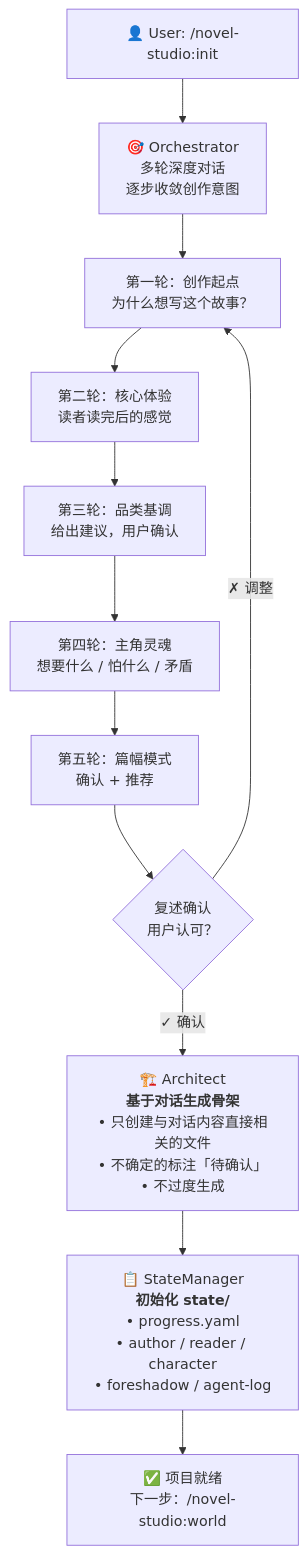
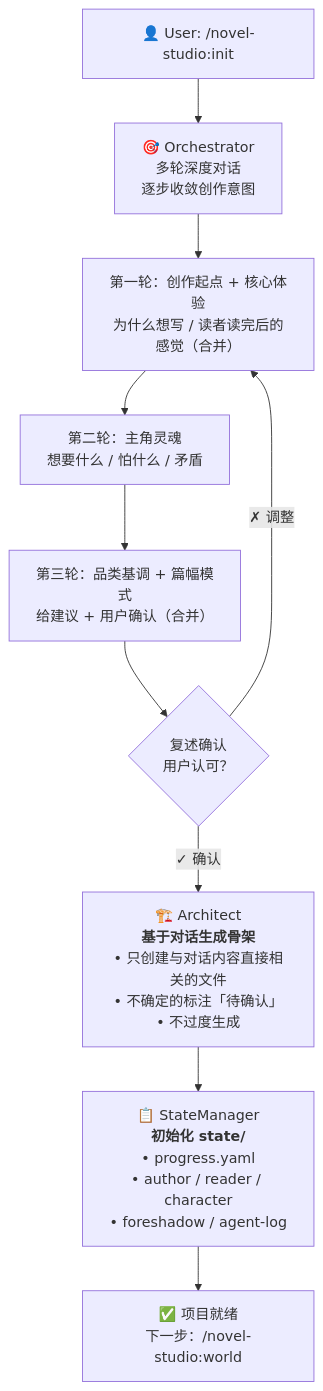
One commit to deathwhispers/novel-studio changed the diagram in workflow-specs/init-project.md. Above: the diagram before and after it, drawn with Mermaid. The commit also changed other lines of this file and 13 other files, not shown here.

````diff
--- a/workflow-specs/init-project.md
+++ b/workflow-specs/init-project.md
@@ -10,24 +10,22 @@
 ```mermaid
 flowchart TD
     User["👤 User: /novel-studio:init"]
     Orchestrator["🎯 Orchestrator<br/>多轮深度对话<br/>逐步收敛创作意图"]
 
     User --> Orchestrator
 
-    Orchestrator --> R1["第一轮：创作起点<br/>为什么想写这个故事？"]
-    R1 --> R2["第二轮：核心体验<br/>读者读完后的感觉"]
-    R2 --> R3["第三轮：品类基调<br/>给出建议，用户确认"]
-    R3 --> R4["第四轮：主角灵魂<br/>想要什么 / 怕什么 / 矛盾"]
-    R4 --> R5["第五轮：篇幅模式<br/>确认 + 推荐"]
+    Orchestrator --> R1["第一轮：创作起点 + 核心体验<br/>为什么想写 / 读者读完后的感觉（合并）"]
+    R1 --> R2["第二轮：主角灵魂<br/>想要什么 / 怕什么 / 矛盾"]
+    R2 --> R3["第三轮：品类基调 + 篇幅模式<br/>给建议 + 用户确认（合并）"]
 
-    R5 --> Confirm{"复述确认<br/>用户认可？"}
+    R3 --> Confirm{"复述确认<br/>用户认可？"}
     Confirm -->|"✗ 调整"| R1
     Confirm -->|"✓ 确认"| Architect
 
     Architect["🏗️ Architect<br/><b>基于对话生成骨架</b><br/>• 只创建与对话内容直接相关的文件<br/>• 不确定的标注「待确认」<br/>• 不过度生成"]
     StateManager["📋 StateManager<br/><b>初始化 state/</b><br/>• progress.yaml<br/>• author / reader / character<br/>• foreshadow / agent-log"]
     Done["✅ 项目就绪<br/>下一步：/novel-studio:world"]
 
     Architect --> StateManager
     StateManager --> Done
 ```
````
